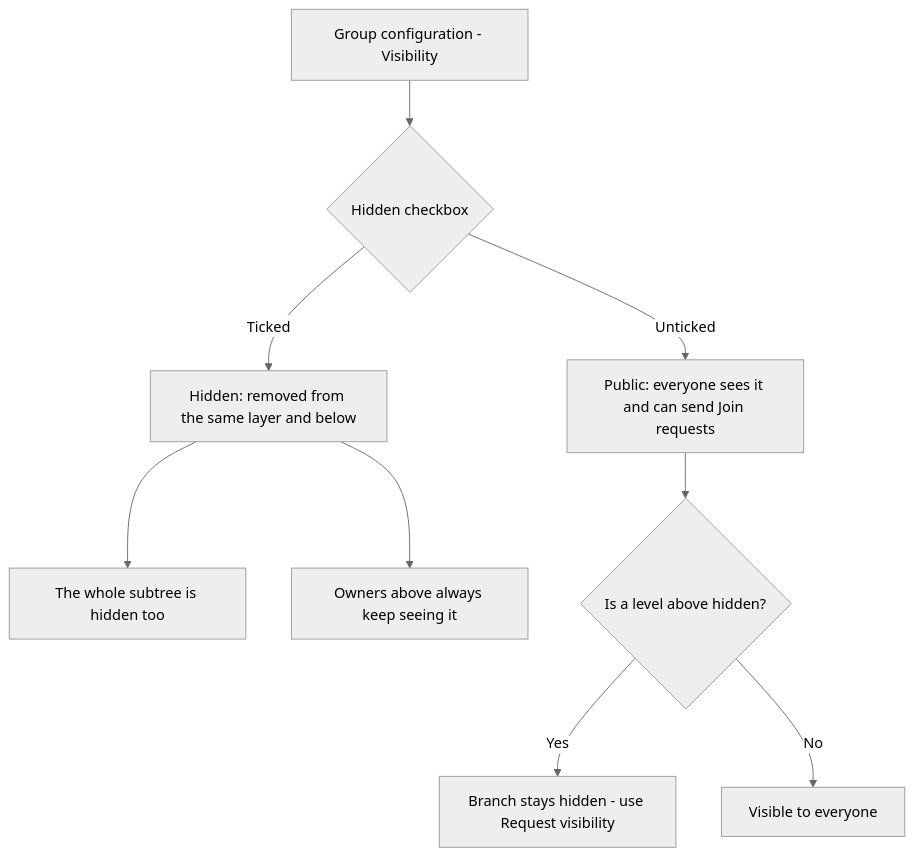
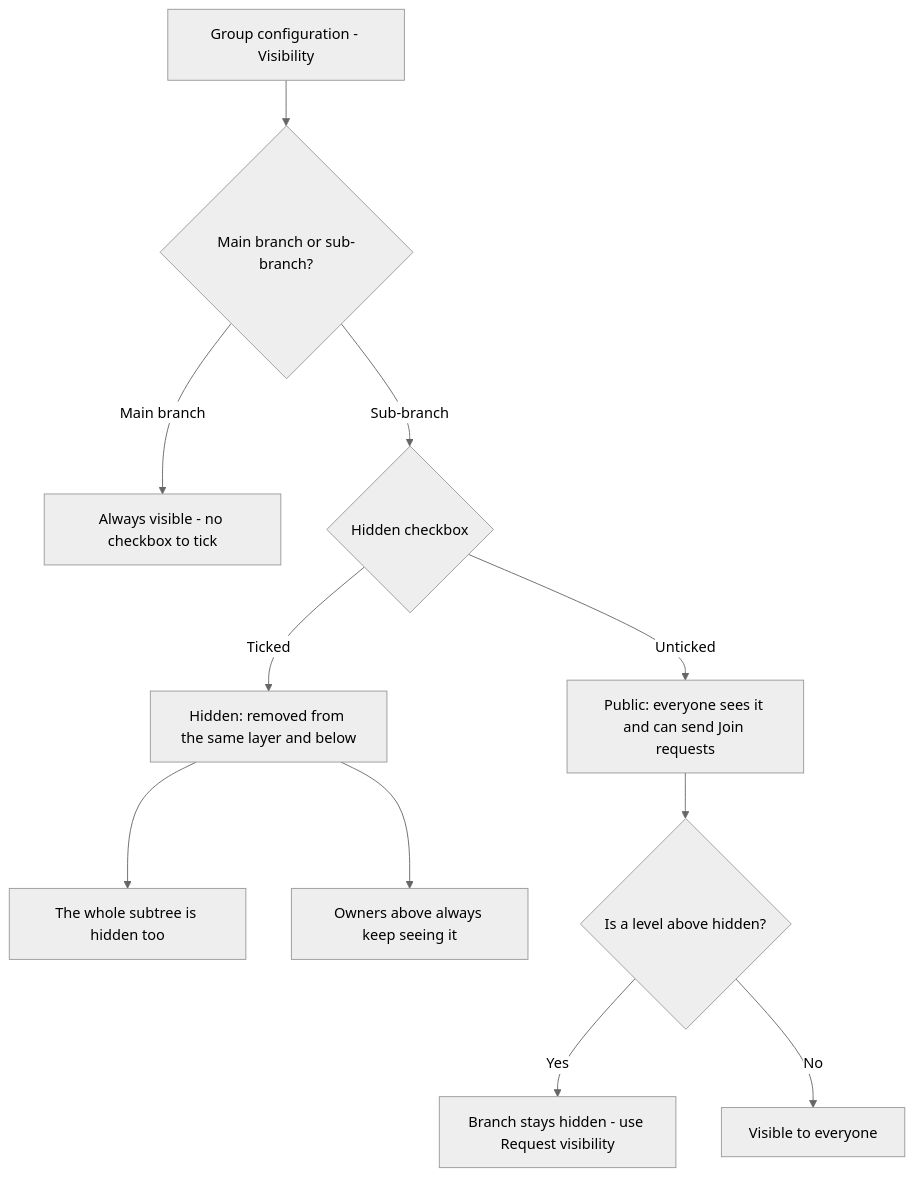
One commit to ignitelogic1519/Organisation-Knowledge-Vault changed the second of 3 diagrams in Main Guide Book/chapter-06-building-your-structure.md. Above: the diagram before and after it, drawn with Mermaid (neutral theme). The commit also changed other lines of this file and 16 other files, not shown here.

````diff
--- a/Main Guide Book/chapter-06-building-your-structure.md
+++ b/Main Guide Book/chapter-06-building-your-structure.md
@@ -130,11 +135,13 @@
 ```mermaid
 flowchart TD
-    A["Group configuration - Visibility"] --> B{"Hidden checkbox"}
+    A["Group configuration - Visibility"] --> M{"Main branch or sub-branch?"}
+    M -->|Main branch| N["Always visible - no checkbox to tick"]
+    M -->|Sub-branch| B{"Hidden checkbox"}
     B -->|Unticked| C["Public: everyone sees it and can send Join requests"]
     B -->|Ticked| D["Hidden: removed from the same layer and below"]
     D --> E["The whole subtree is hidden too"]
     D --> F["Owners above always keep seeing it"]
     C --> G{"Is a level above hidden?"}
     G -->|Yes| H["Branch stays hidden - use Request visibility"]
     G -->|No| I["Visible to everyone"]
 ```
````
